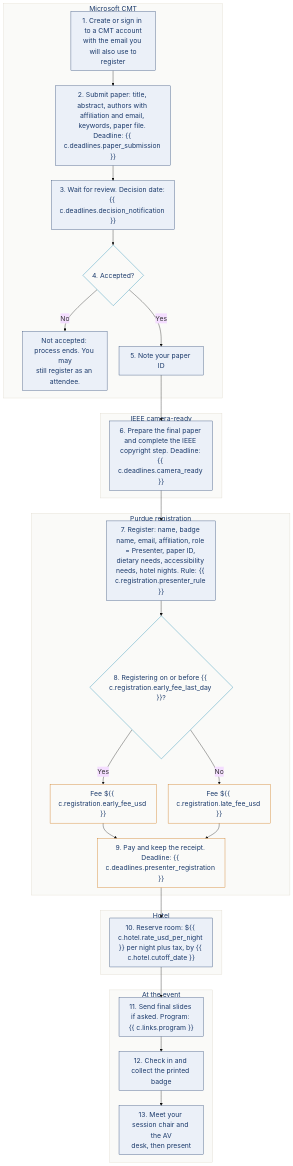
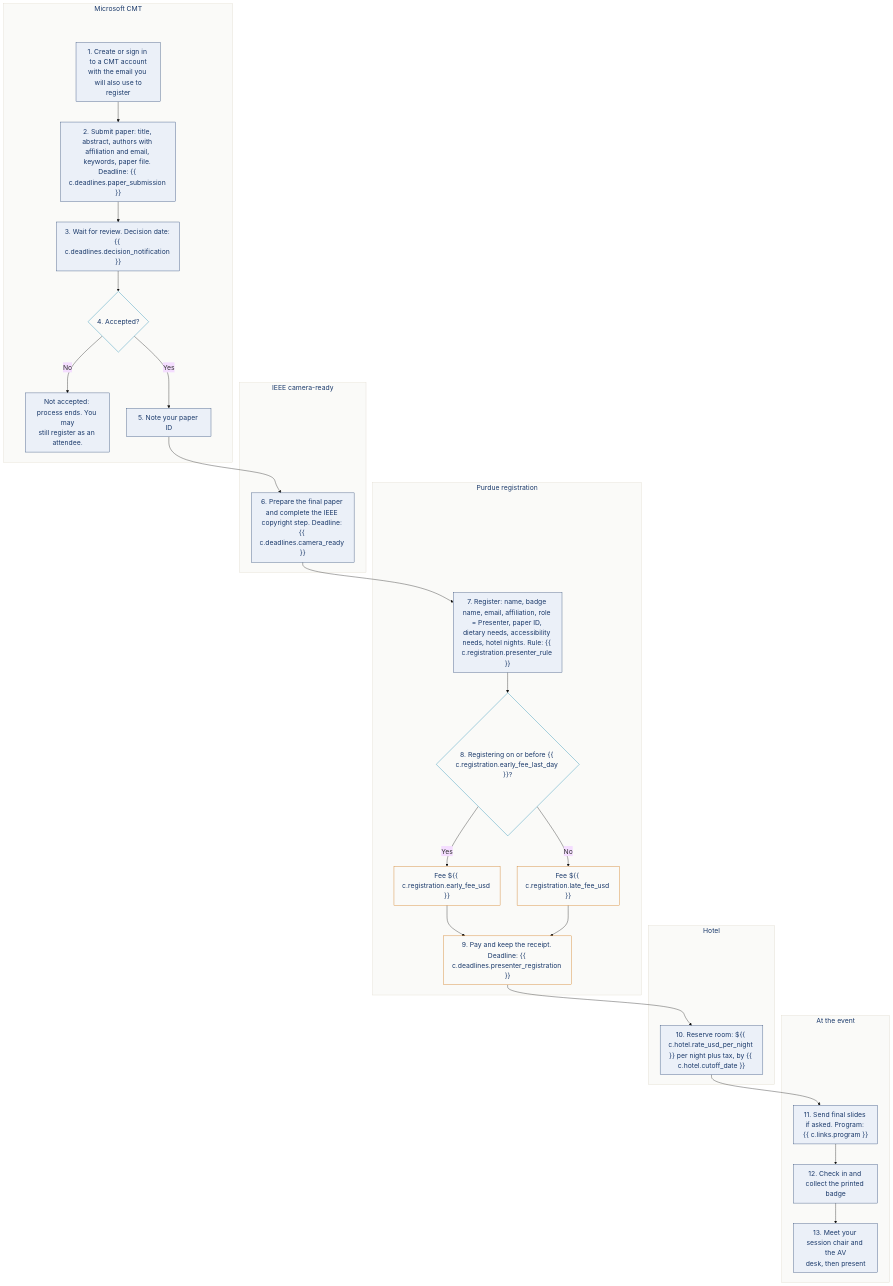
Before and after one commit to serg696f/computational-imaging.github.io: the diagram in workflows/presenter.md, drawn with Mermaid. The commit also changed other lines of this file and 2 other files, not shown here.

Commit message:
Fix diagram fonts and title spacing

````diff
--- a/workflows/presenter.md
+++ b/workflows/presenter.md
@@ -22,47 +23,58 @@
 ```mermaid
-%%{init: {"theme":"base","themeVariables":{"fontSize":"20px","fontFamily":"Space Grotesk, sans-serif"},"flowchart":{"useMaxWidth":false,"nodeSpacing":35,"rankSpacing":45,"padding":12}}}%%
+%%{init: {"theme":"base","themeVariables":{"fontSize":"20px","fontFamily":"Arial, Helvetica, sans-serif"},"flowchart":{"useMaxWidth":false,"nodeSpacing":50,"rankSpacing":60,"padding":12}}}%%
 flowchart TD
   subgraph CMT["Microsoft CMT"]
+    CMT_sp[" "]:::spacer
     P1["1. Create or sign in to a CMT account<br/>with the email you will also use to<br/>register"]
     P2["2. Submit paper: title, abstract, authors with affiliation and email, keywords, paper file. Deadline: {{ c.deadlines.paper_submission }}"]
     P3["3. Wait for review. Decision date: {{ c.deadlines.decision_notification }}"]
     D1{"4. Accepted?"}
     P4["Not accepted: process ends. You may<br/>still register as an attendee."]
     P5["5. Note your paper ID"]
   end
   subgraph IEEE["IEEE camera-ready"]
+    IEEE_sp[" "]:::spacer
     P6["6. Prepare the final paper and complete the IEEE copyright step. Deadline: {{ c.deadlines.camera_ready }}"]
   end
   subgraph REG["Purdue registration"]
+    REG_sp[" "]:::spacer
     P7["7. Register: name, badge name, email, affiliation, role = Presenter, paper ID, dietary needs, accessibility needs, hotel nights. Rule: {{ c.registration.presenter_rule }}"]
     D2{"8. Registering on or before {{ c.registration.early_fee_last_day }}?"}
     F1["Fee ${{ c.registration.early_fee_usd }}"]
     F2["Fee ${{ c.registration.late_fee_usd }}"]
     P8["9. Pay and keep the receipt. Deadline: {{ c.deadlines.presenter_registration }}"]
   end
   subgraph HOTEL["Hotel"]
+    HOTEL_sp[" "]:::spacer
     P9["10. Reserve room: ${{ c.hotel.rate_usd_per_night }} per night plus tax, by {{ c.hotel.cutoff_date }}"]
   end
   subgraph EVENT["At the event"]
+    EVENT_sp[" "]:::spacer
     P10["11. Send final slides if asked. Program: {{ c.links.program }}"]
     P11["13. Meet your session chair and the AV<br/>desk, then present"]
     P12["12. Check in and collect the printed badge"]
   end
   P1 --> P2 --> P3 --> D1
   D1 -- No --> P4
   D1 -- Yes --> P5 --> P6 --> P7 --> D2
   D2 -- Yes --> F1 --> P8
   D2 -- No --> F2 --> P8
   P8 --> P9 --> P10 --> P12 --> P11
+  CMT_sp ~~~ P1
+  IEEE_sp ~~~ P6
+  REG_sp ~~~ P7
+  HOTEL_sp ~~~ P9
+  EVENT_sp ~~~ P10
   style CMT fill:#FAFAF8,stroke:#DDD6C8,color:#1B3A6B
   style IEEE fill:#FAFAF8,stroke:#DDD6C8,color:#1B3A6B
   style REG fill:#FAFAF8,stroke:#DDD6C8,color:#1B3A6B
   style HOTEL fill:#FAFAF8,stroke:#DDD6C8,color:#1B3A6B
   style EVENT fill:#FAFAF8,stroke:#DDD6C8,color:#1B3A6B
   classDef step fill:#EBF0F8,stroke:#1B3A6B,color:#1B3A6B;
   classDef pay fill:#FAFAF8,stroke:#C96A00,color:#1B3A6B;
   classDef gate fill:#FAFAF8,stroke:#007EA8,color:#1B3A6B;
   class P1,P2,P3,P4,P5,P6,P7,P9,P10,P11,P12 step;
   class F1,F2,P8 pay;
   class D1,D2 gate;
+  classDef spacer fill:none,stroke:none,color:#FAFAF8;
 ```
````
